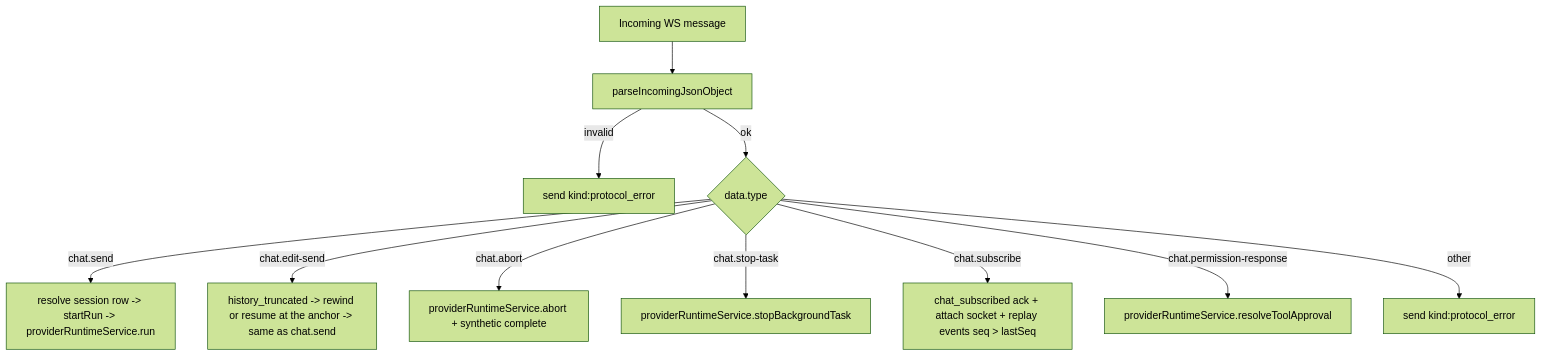
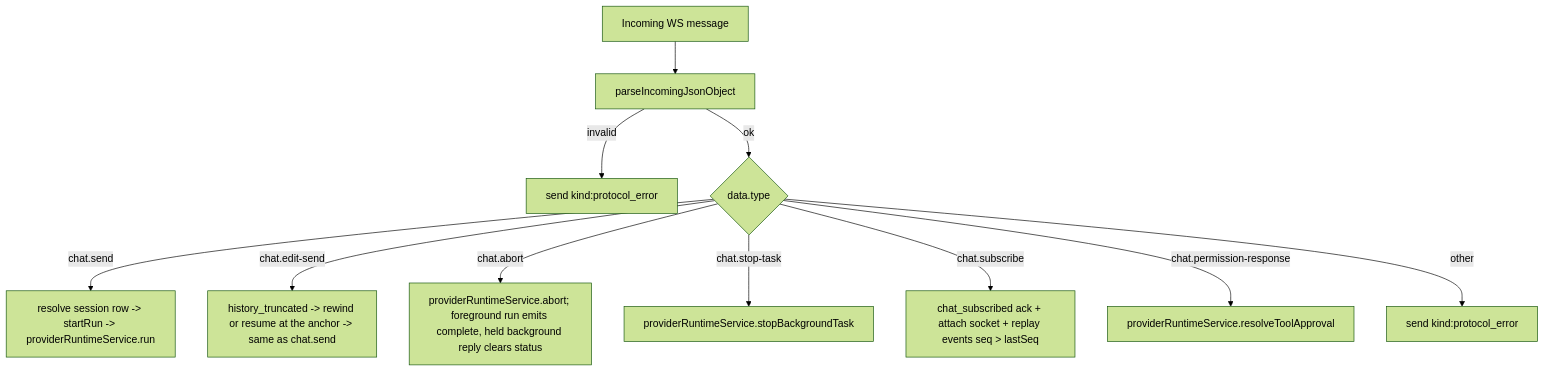
One commit to flufy3d/cloudcli changed the third of 5 diagrams in server/modules/websocket/README.md. Above: the diagram before and after it, drawn with Mermaid (forest theme). The commit also changed other lines of this file and 15 other files, not shown here.

Commit message:
fix(chat): stop background tasks without aborting active runs

````diff
--- a/server/modules/websocket/README.md
+++ b/server/modules/websocket/README.md
@@ -126,14 +128,14 @@
 ```mermaid
 flowchart TD
   A[Incoming WS message] --> B[parseIncomingJsonObject]
   B -->|invalid| C[send kind:protocol_error]
   B -->|ok| D{data.type}
 
   D -->|chat.send| E[resolve session row -> startRun -> providerRuntimeService.run]
   D -->|chat.edit-send| E2[history_truncated -> rewind or resume at the anchor -> same as chat.send]
-  D -->|chat.abort| F[providerRuntimeService.abort + synthetic complete]
+  D -->|chat.abort| F[providerRuntimeService.abort; foreground run emits complete, held background reply clears status]
   D -->|chat.stop-task| F2[providerRuntimeService.stopBackgroundTask]
   D -->|chat.subscribe| G[chat_subscribed ack + attach socket + replay events seq > lastSeq]
   D -->|chat.permission-response| H[providerRuntimeService.resolveToolApproval]
   D -->|other| I[send kind:protocol_error]
 ```
````
